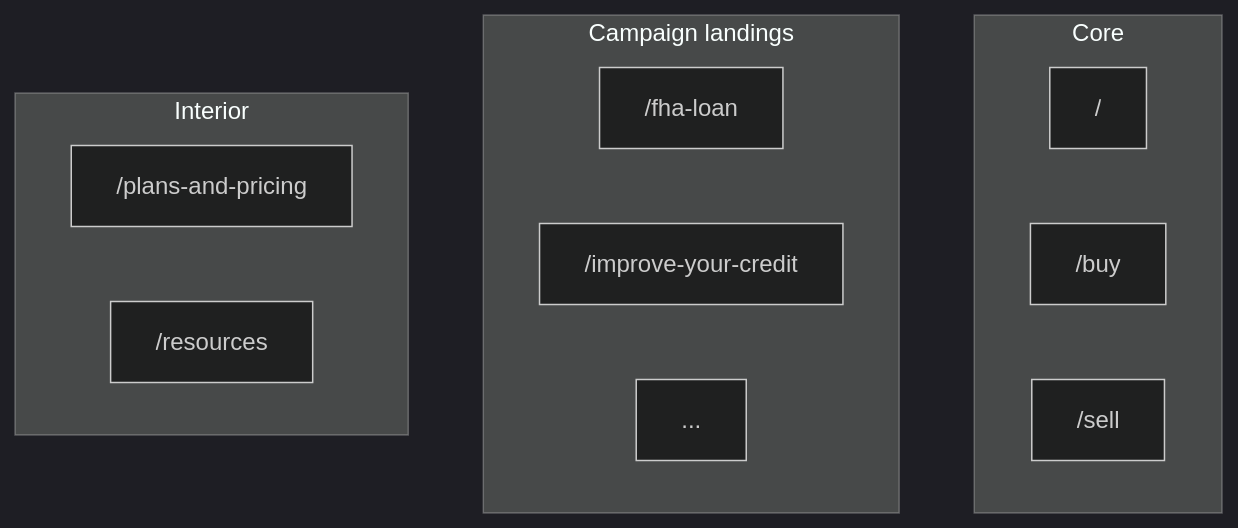
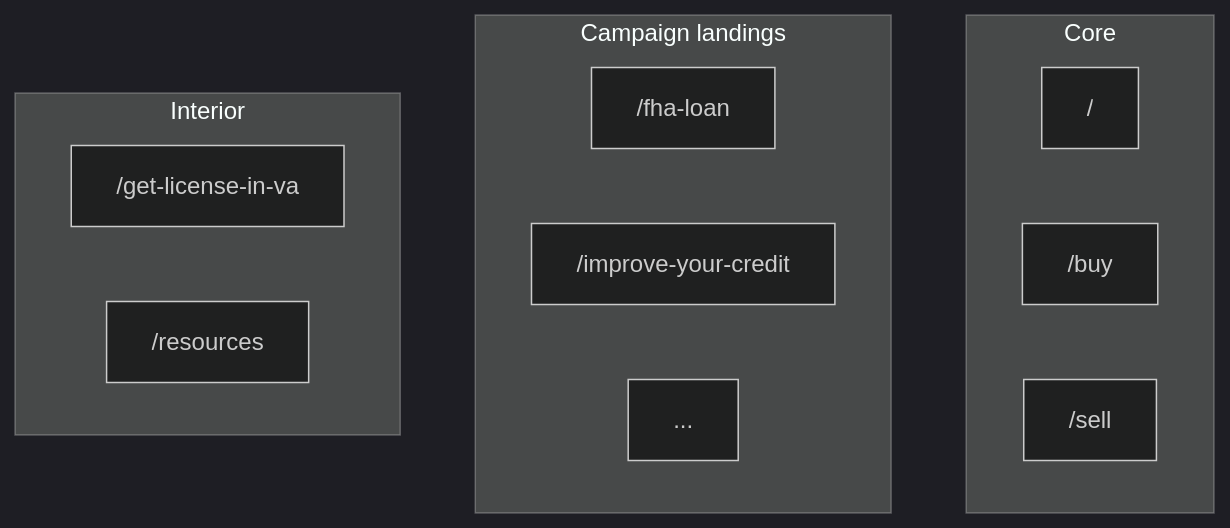
The diagram in docs/diagrams/site-routes.md (Digital-Builders-757/v0-marching-2-more-redesign), drawn with Mermaid (dark theme) before and after one commit. The commit also changed other lines of this file and 66 other files, not shown here.

````diff
--- a/docs/diagrams/site-routes.md
+++ b/docs/diagrams/site-routes.md
@@ -35,17 +35,17 @@
 ```mermaid
 flowchart TB
   subgraph core [Core]
     home["/"]
     buy["/buy"]
     sell["/sell"]
   end
   subgraph campaign [Campaign landings]
     fha["/fha-loan"]
     credit["/improve-your-credit"]
     other["..."]
   end
   subgraph interior [Interior]
-    pricing["/plans-and-pricing"]
+    license["/get-license-in-va"]
     resources["/resources"]
   end
 ```
````
